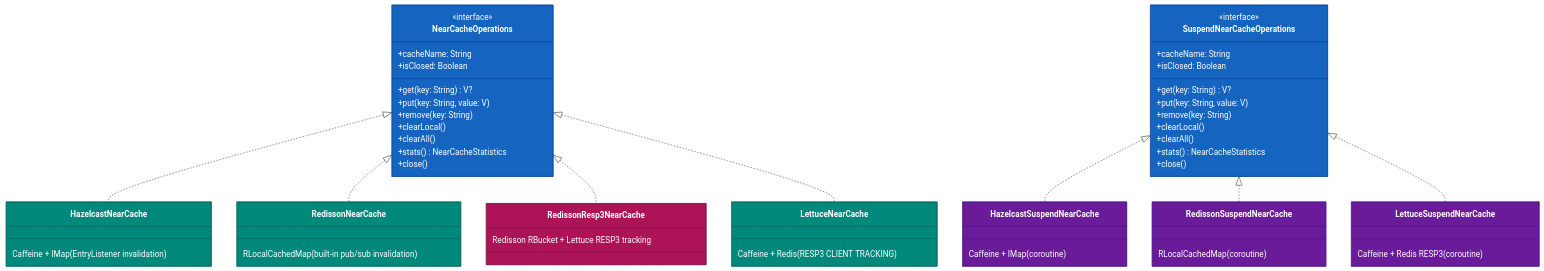
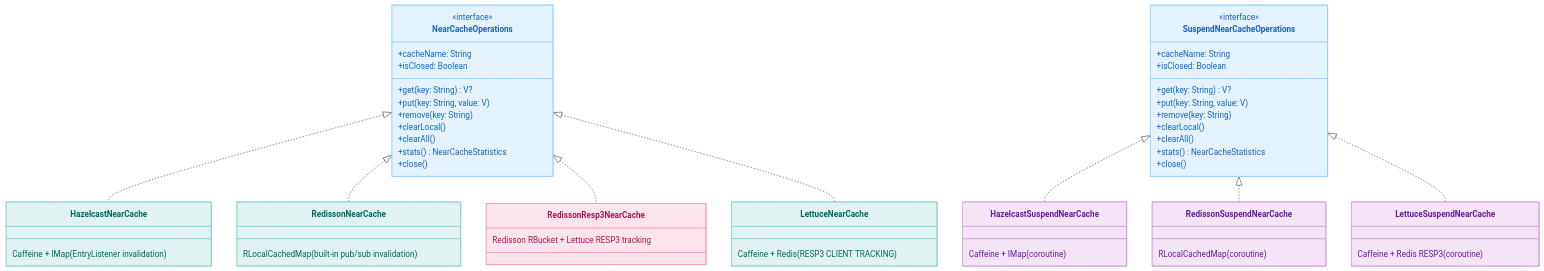
One commit to bluetape4k/bluetape4k-projects changed the second of 3 diagrams in infra/cache/README.md. Above: the diagram before and after it, drawn with Mermaid. The commit also changed other lines of this file and 219 other files, not shown here.

First line of the commit message:
docs: 전체 README Mermaid 다이어그램 가이드 적용

````diff
--- a/infra/cache/README.md
+++ b/infra/cache/README.md
@@ -137,75 +137,75 @@
 ```mermaid
 classDiagram
     class NearCacheOperations {
         <<interface>>
         +cacheName: String
         +isClosed: Boolean
         +get(key: String) V?
         +put(key: String, value: V)
         +remove(key: String)
         +clearLocal()
         +clearAll()
         +stats() NearCacheStatistics
         +close()
     }
 
     class SuspendNearCacheOperations {
         <<interface>>
         +cacheName: String
         +isClosed: Boolean
         +get(key: String) V?
         +put(key: String, value: V)
         +remove(key: String)
         +clearLocal()
         +clearAll()
         +stats() NearCacheStatistics
         +close()
     }
 
     class HazelcastNearCache {
         Caffeine + IMap (EntryListener invalidation)
     }
 
     class HazelcastSuspendNearCache {
         Caffeine + IMap (coroutine)
     }
 
     class RedissonNearCache {
         RLocalCachedMap (built-in pub/sub invalidation)
     }
 
     class RedissonSuspendNearCache {
         RLocalCachedMap (coroutine)
     }
 
     class RedissonResp3NearCache {
         Redisson RBucket + Lettuce RESP3 tracking
     }
 
     class LettuceNearCache {
         Caffeine + Redis (RESP3 CLIENT TRACKING)
     }
 
     class LettuceSuspendNearCache {
         Caffeine + Redis RESP3 (coroutine)
     }
 
     NearCacheOperations <|.. HazelcastNearCache
     NearCacheOperations <|.. RedissonNearCache
     NearCacheOperations <|.. RedissonResp3NearCache
     NearCacheOperations <|.. LettuceNearCache
     SuspendNearCacheOperations <|.. HazelcastSuspendNearCache
     SuspendNearCacheOperations <|.. RedissonSuspendNearCache
     SuspendNearCacheOperations <|.. LettuceSuspendNearCache
 
-    style NearCacheOperations fill:#1565C0,stroke:#0D47A1,color:#FFFFFF
-    style SuspendNearCacheOperations fill:#1565C0,stroke:#0D47A1,color:#FFFFFF
-    style HazelcastNearCache fill:#00897B,stroke:#00695C,color:#FFFFFF
-    style HazelcastSuspendNearCache fill:#6A1B9A,stroke:#4A148C,color:#FFFFFF
-    style RedissonNearCache fill:#00897B,stroke:#00695C,color:#FFFFFF
-    style RedissonSuspendNearCache fill:#6A1B9A,stroke:#4A148C,color:#FFFFFF
-    style RedissonResp3NearCache fill:#AD1457,stroke:#880E4F,color:#FFFFFF
-    style LettuceNearCache fill:#00897B,stroke:#00695C,color:#FFFFFF
-    style LettuceSuspendNearCache fill:#6A1B9A,stroke:#4A148C,color:#FFFFFF
+    style NearCacheOperations fill:#E3F2FD,stroke:#90CAF9,color:#1565C0
+    style SuspendNearCacheOperations fill:#E3F2FD,stroke:#90CAF9,color:#1565C0
+    style HazelcastNearCache fill:#E0F2F1,stroke:#80CBC4,color:#00695C
+    style HazelcastSuspendNearCache fill:#F3E5F5,stroke:#CE93D8,color:#6A1B9A
+    style RedissonNearCache fill:#E0F2F1,stroke:#80CBC4,color:#00695C
+    style RedissonSuspendNearCache fill:#F3E5F5,stroke:#CE93D8,color:#6A1B9A
+    style RedissonResp3NearCache fill:#FCE4EC,stroke:#F48FB1,color:#AD1457
+    style LettuceNearCache fill:#E0F2F1,stroke:#80CBC4,color:#00695C
+    style LettuceSuspendNearCache fill:#F3E5F5,stroke:#CE93D8,color:#6A1B9A
 
 ```
````
